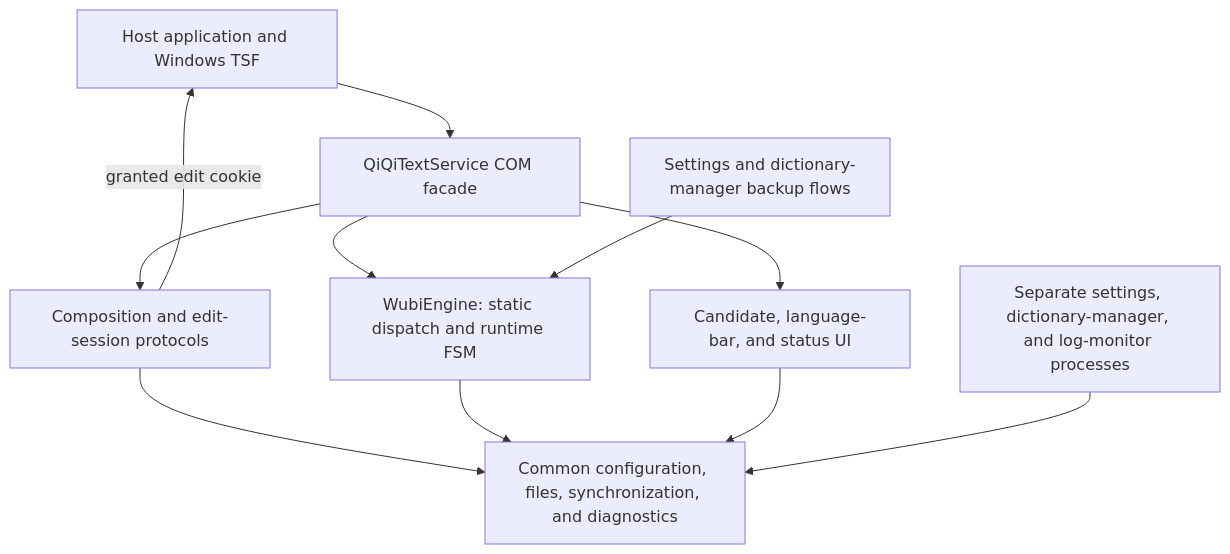
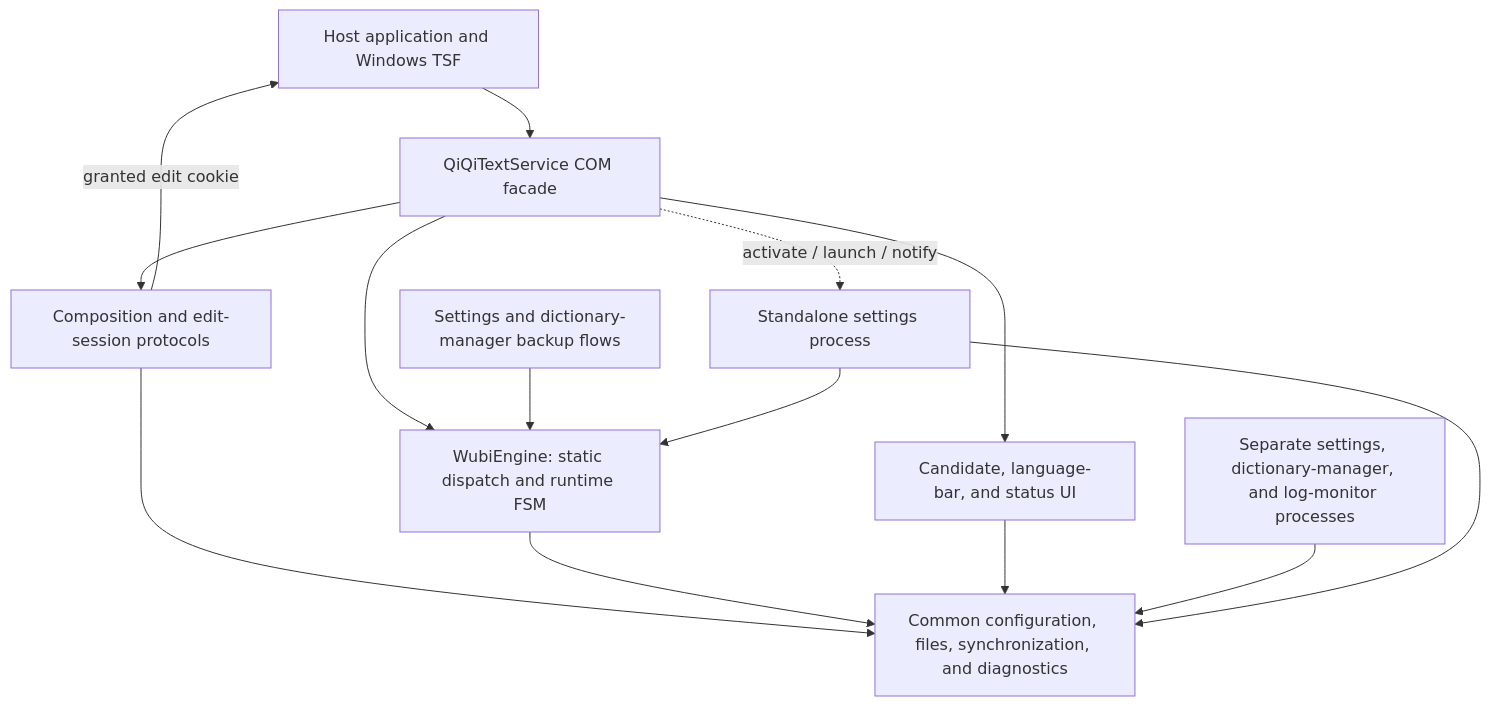
The first of 2 diagrams in docs/arch.md (cloudfyy/qiqiime), drawn with Mermaid before and after one commit. The commit also changed other lines of this file and 13 other files, not shown here.

````diff
--- a/docs/arch.md
+++ b/docs/arch.md
@@ -15,13 +15,16 @@
 ```mermaid
 flowchart TD
     Host["Host application and Windows TSF"] --> Service["QiQiTextService COM facade"]
     Service --> Composition["Composition and edit-session protocols"]
     Service --> Engine["WubiEngine: static dispatch and runtime FSM"]
     Service --> UI["Candidate, language-bar, and status UI"]
     Composition -->|granted edit cookie| Host
     Composition --> Common["Common configuration, files, synchronization, and diagnostics"]
     Engine --> Common
     UI --> Common
     Tools["Separate settings, dictionary-manager, and log-monitor processes"] --> Common
     BackupTools["Settings and dictionary-manager backup flows"] --> Engine
+    Service -.->|"activate / launch / notify"| Settings["Standalone settings process"]
+    Settings --> Common
+    Settings --> Engine
 ```
````
